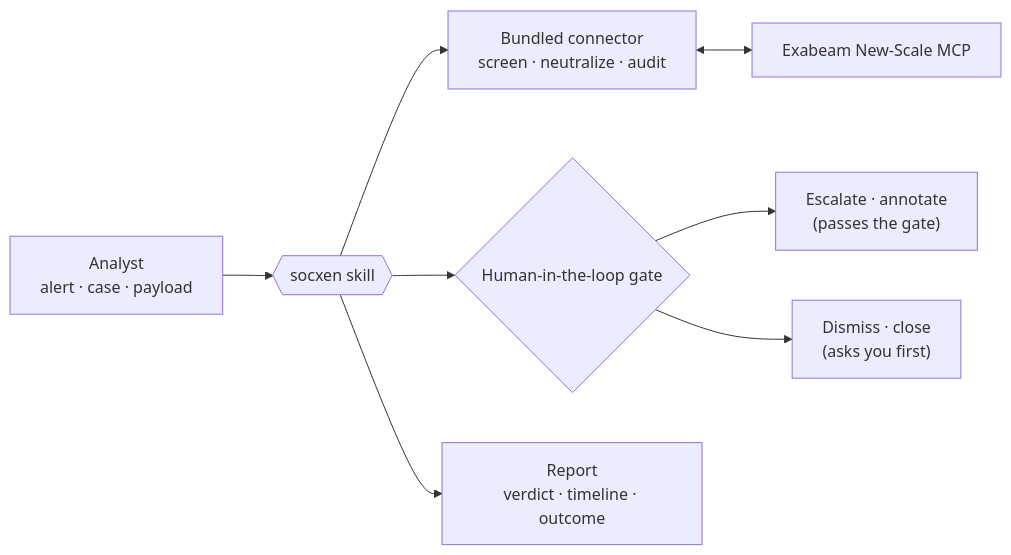
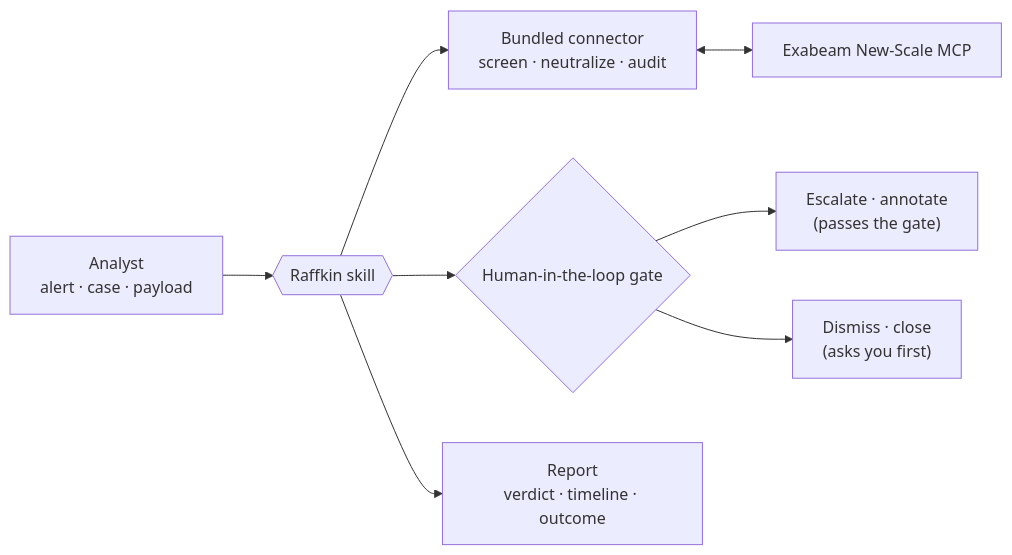
The diagram in soc/docs/index.md (Exabeam-Labs/plugins), drawn with Mermaid before and after one commit. The commit also changed other lines of this file and 48 other files, not shown here.

````diff
--- a/soc/docs/index.md
+++ b/soc/docs/index.md
@@ -45,10 +45,10 @@
 ```mermaid
 flowchart LR
-  A["Analyst<br/>alert · case · payload"] --> S{{"socxen skill"}}
+  A["Analyst<br/>alert · case · payload"] --> S{{"Raffkin skill"}}
   S --> C["Bundled connector<br/>screen · neutralize · audit"]
   C <--> X["Exabeam New-Scale MCP"]
   S --> G{"Human-in-the-loop gate"}
   G --> W["Escalate · annotate<br/>(passes the gate)"]
   G --> H["Dismiss · close<br/>(asks you first)"]
   S --> R["Report<br/>verdict · timeline · outcome"]
 ```
````
